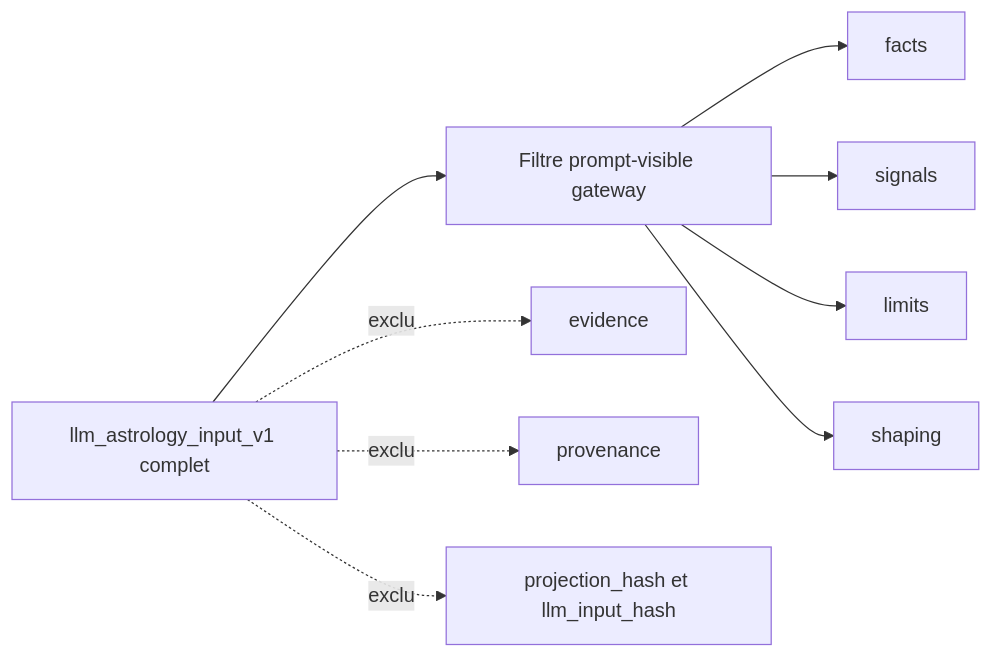
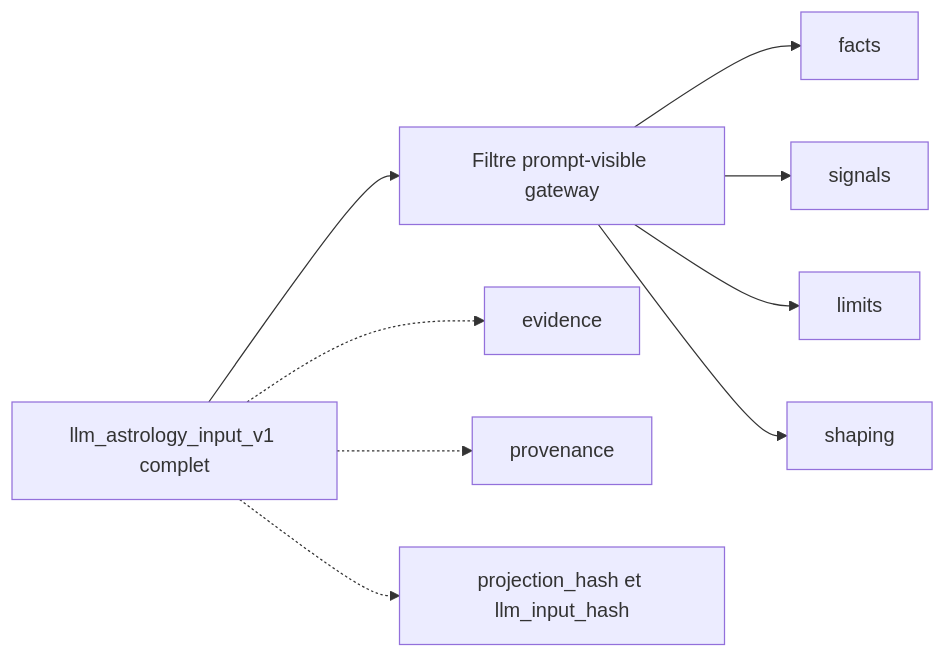
Before and after one commit to daconrilcy/horoscope_front: the fourth of 6 diagrams in _condamad/docs/prompt-generation-cartography/prompt-generation-current-implementation.md, drawn with Mermaid. The commit also changed other lines of this file, not shown here.

Commit message:
Fix Mermaid preview rendering

````diff
--- a/_condamad/docs/prompt-generation-cartography/prompt-generation-current-implementation.md
+++ b/_condamad/docs/prompt-generation-cartography/prompt-generation-current-implementation.md
@@ -142,11 +142,11 @@
 ```mermaid
 flowchart LR
-  LLMInput[llm_astrology_input_v1 complet] --> Filter[Filtre prompt-visible gateway]
-  Filter --> PromptFacts[facts]
-  Filter --> PromptSignals[signals]
-  Filter --> PromptLimits[limits]
-  Filter --> PromptShaping[shaping]
-  LLMInput -. exclu .-> Evidence[evidence]
-  LLMInput -. exclu .-> Provenance[provenance]
-  LLMInput -. exclu .-> Hashes[projection_hash et llm_input_hash]
+  LLMInput["llm_astrology_input_v1 complet"] --> Filter["Filtre prompt-visible gateway"]
+  Filter --> PromptFacts["facts"]
+  Filter --> PromptSignals["signals"]
+  Filter --> PromptLimits["limits"]
+  Filter --> PromptShaping["shaping"]
+  LLMInput -.-> Evidence["evidence"]
+  LLMInput -.-> Provenance["provenance"]
+  LLMInput -.-> Hashes["projection_hash et llm_input_hash"]
 ```
````
